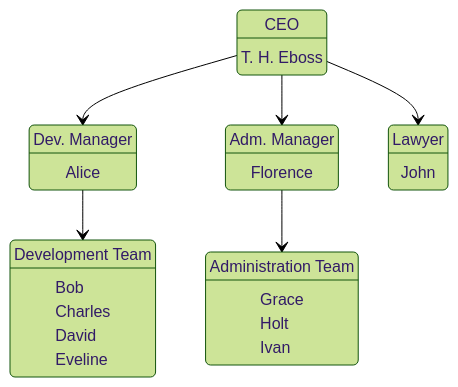
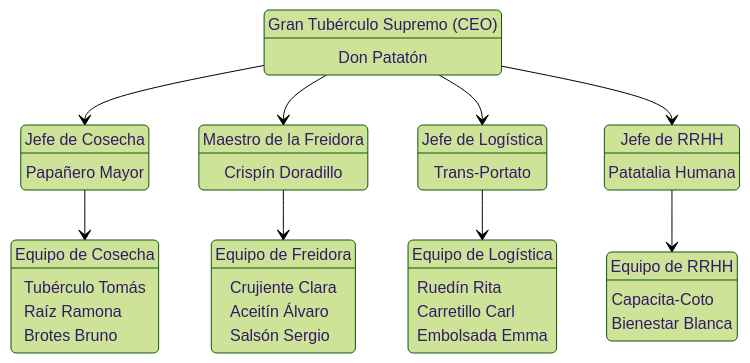
Before and after one commit to pedroporo/apuntesclase: the diagram in 01 Apuntes/DAM/Sistemas de gestión empresarial/Tema 5/Proyecto/Creacion de empresa.md, drawn with Mermaid (forest theme). The commit also changed other lines of this file, not shown here.

Commit message:
vault backup: 2025-12-05 16:25:51

````diff
--- a/01 Apuntes/DAM/Sistemas de gestión empresarial/Tema 5/Proyecto/Creacion de empresa.md
+++ b/01 Apuntes/DAM/Sistemas de gestión empresarial/Tema 5/Proyecto/Creacion de empresa.md
@@ -19,31 +20,45 @@
 ```mermaid
 stateDiagram-v2
-    state "CEO" as ceo
-    state "T. H. Eboss" as ceo
-    ceo --> devmngr
-    ceo --> admmngr
-    ceo --> law
+    state "Gran Tubérculo Supremo (CEO)" as ceo
+    state "Don Patatón" as ceo
+    ceo --> cosechamngr
+    ceo --> freidoramngr
+    ceo --> logimngr
+    ceo --> rrhhmngr
 
-    state "Dev. Manager" as devmngr
-    state "Alice" as devmngr
-    devmngr --> dev
+    state "Jefe de Cosecha" as cosechamngr
+    state "Papañero Mayor" as cosechamngr
+    cosechamngr --> cosecha
 
-    state "Development Team" as dev
-    state "Bob" as dev
-    state "Charles" as dev
-    state "David" as dev
-    state "Eveline" as dev
+    state "Equipo de Cosecha" as cosecha
+    state "Tubérculo Tomás" as cosecha
+    state "Raíz Ramona" as cosecha
+    state "Brotes Bruno" as cosecha
 
-    state "Adm. Manager" as admmngr
-    state "Florence" as admmngr
-    admmngr --> adm
+    state "Maestro de la Freidora" as freidoramngr
+    state "Crispín Doradillo" as freidoramngr
+    freidoramngr --> freidora
 
-    state "Administration Team" as adm
-    state "Grace" as adm
-    state "Holt" as adm
-    state "Ivan" as adm
+    state "Equipo de Freidora" as freidora
+    state "Crujiente Clara" as freidora
+    state "Aceitín Álvaro" as freidora
+    state "Salsón Sergio" as freidora
 
-    state "Lawyer" as law
-    state "John" as law
+    state "Jefe de Logística" as logimngr
+    state "Trans-Portato" as logimngr
+    logimngr --> logistica
+
+    state "Equipo de Logística" as logistica
+    state "Ruedín Rita" as logistica
+    state "Carretillo Carl" as logistica
+    state "Embolsada Emma" as logistica
+
+    state "Jefe de RRHH" as rrhhmngr
+    state "Patatalia Humana" as rrhhmngr
+    rrhhmngr --> rrhh
+
+    state "Equipo de RRHH" as rrhh
+    state "Capacita-Coto" as rrhh
+    state "Bienestar Blanca" as rrhh
 
 ```
````
